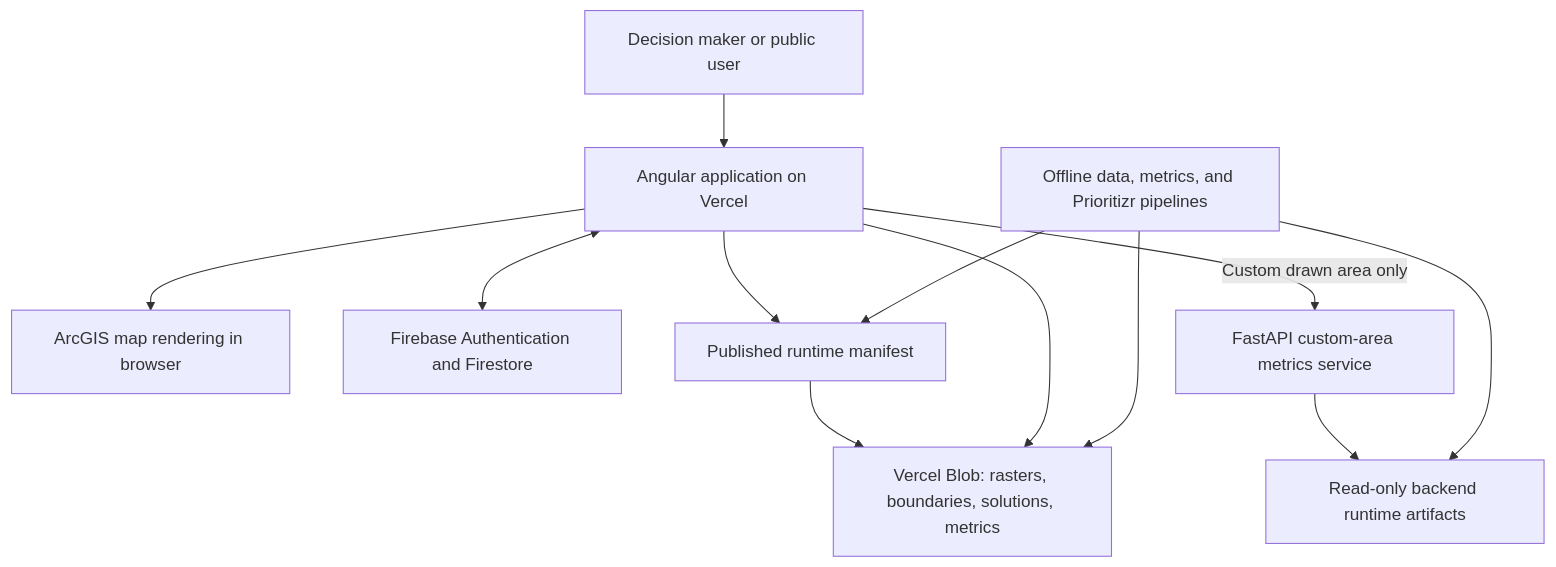
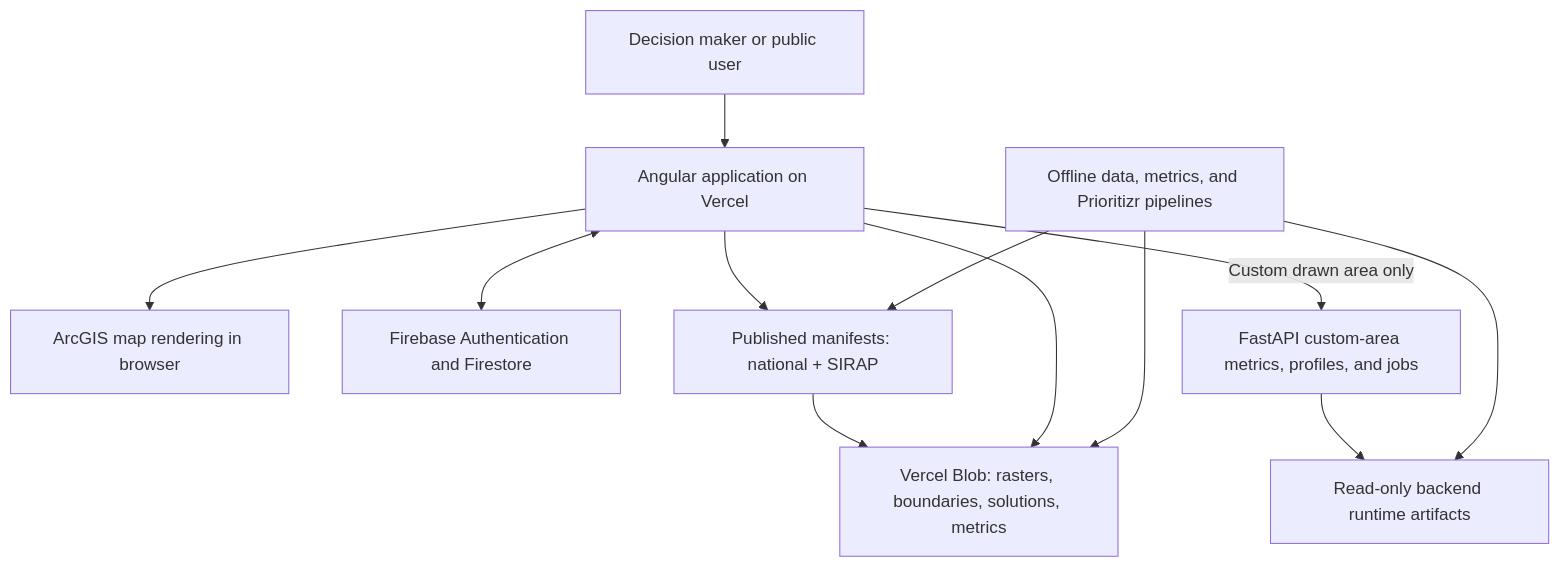
Before and after one commit to DISES-CI-UCSB/decision-making-tool: the first of 2 diagrams in docs/handoffs/parques-it/english/architecture.md, drawn with Mermaid. The commit also changed other lines of this file and 26 other files, not shown here.

````diff
--- a/docs/handoffs/parques-it/english/architecture.md
+++ b/docs/handoffs/parques-it/english/architecture.md
@@ -15,24 +21,24 @@
 ```mermaid
 flowchart TB
     User["Decision maker or public user"]
     Angular["Angular application on Vercel"]
     ArcGIS["ArcGIS map rendering in browser"]
     Firebase["Firebase Authentication and Firestore"]
-    Manifest["Published runtime manifest"]
+    Manifest["Published manifests: national + SIRAP"]
     Blob["Vercel Blob: rasters, boundaries, solutions, metrics"]
-    FastAPI["FastAPI custom-area metrics service"]
+    FastAPI["FastAPI custom-area metrics, profiles, and jobs"]
     Artifact["Read-only backend runtime artifacts"]
     Pipeline["Offline data, metrics, and Prioritizr pipelines"]
 
     User --> Angular
     Angular --> ArcGIS
     Angular <--> Firebase
     Angular --> Manifest
     Manifest --> Blob
     Angular --> Blob
     Angular -->|"Custom drawn area only"| FastAPI
     FastAPI --> Artifact
     Pipeline --> Manifest
     Pipeline --> Blob
     Pipeline --> Artifact
 ```
````
